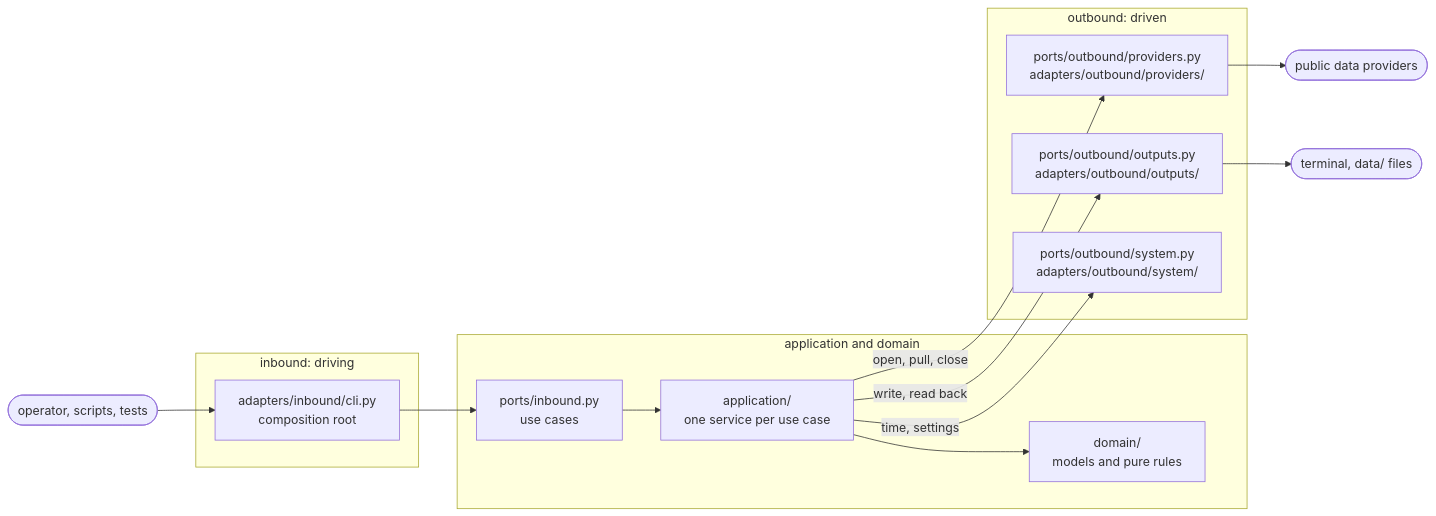
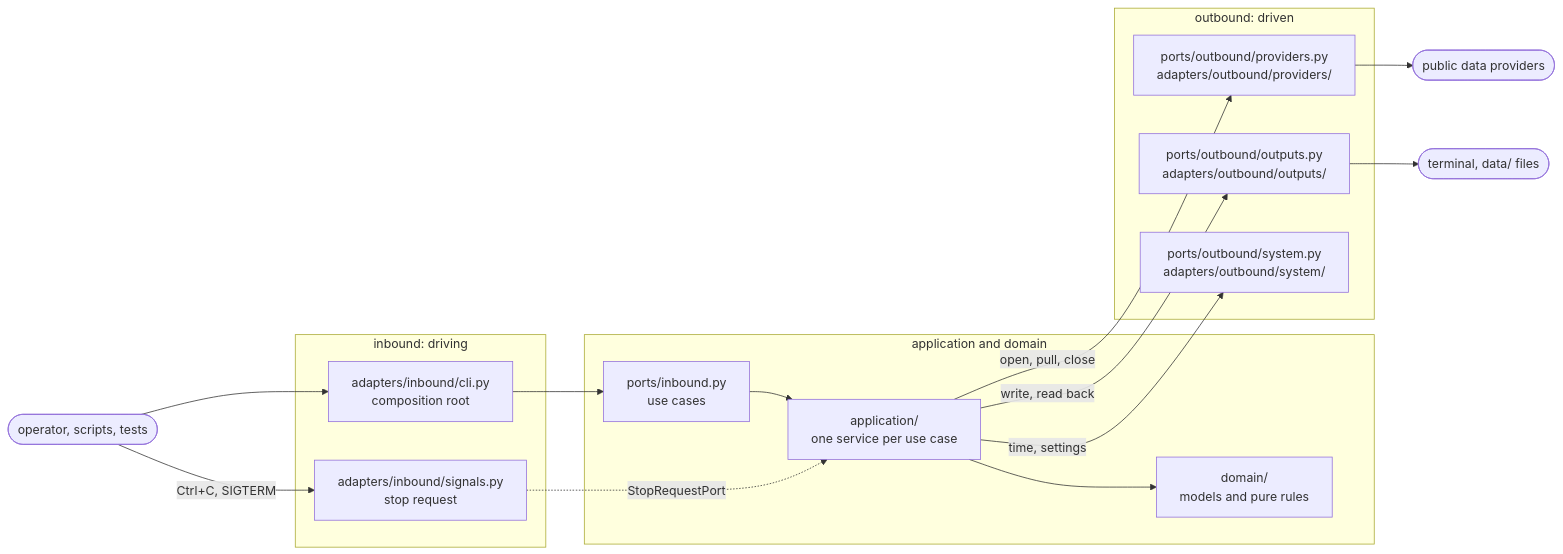
Before and after one commit to mavasbel-itam/stream-consumers: the diagram in README.md, drawn with Mermaid. The commit also changed other lines of this file and 10 other files, not shown here.

````diff
--- a/README.md
+++ b/README.md
@@ -785,22 +1102,25 @@
 ```mermaid
 flowchart LR
   user([operator, scripts, tests]) --> cli
+  user -->|Ctrl+C, SIGTERM| signals
   subgraph inbound [inbound: driving]
     cli[adapters/inbound/cli.py<br/>composition root]
+    signals[adapters/inbound/signals.py<br/>stop request]
   end
   subgraph core [application and domain]
     usecases[ports/inbound.py<br/>use cases] --> services[application/<br/>one service per use case]
     services --> domain[domain/<br/>models and pure rules]
   end
   cli --> usecases
+  signals -.->|StopRequestPort| services
   subgraph outbound [outbound: driven]
     providers[ports/outbound/providers.py<br/>adapters/outbound/providers/]
     outputs[ports/outbound/outputs.py<br/>adapters/outbound/outputs/]
     system[ports/outbound/system.py<br/>adapters/outbound/system/]
   end
   services -->|open, pull, close| providers
   services -->|write, read back| outputs
   services -->|time, settings| system
   providers --> internet([public data providers])
   outputs --> files([terminal, data/ files])
 ```
````
